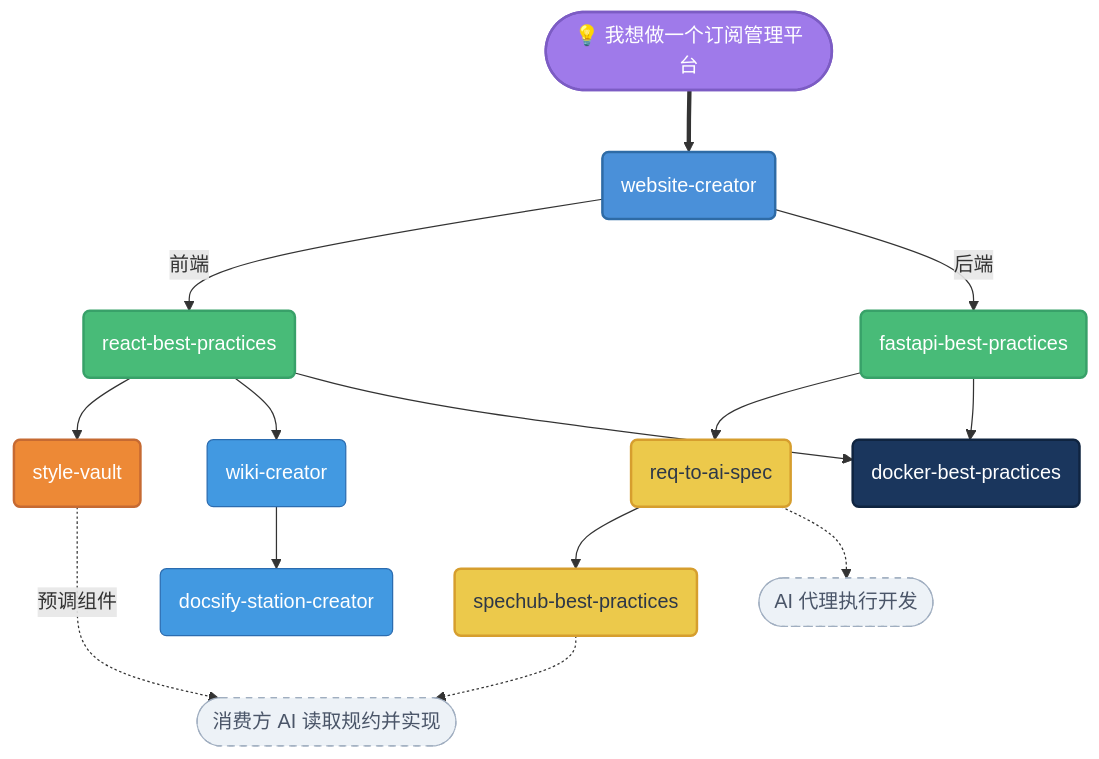
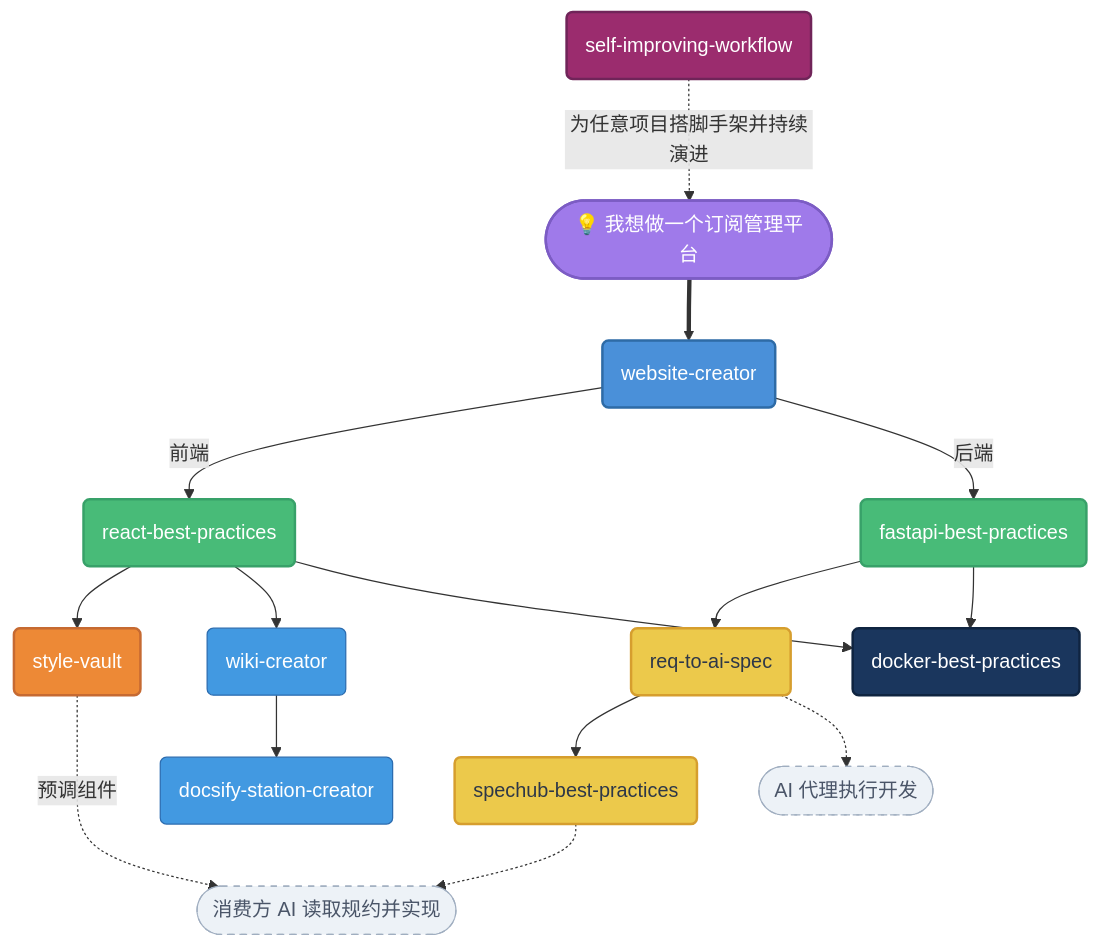
Before and after one commit to garveyhu/awesome-skills: the diagram in README.zh-CN.md, drawn with Mermaid. The commit also changed other lines of this file and 27 other files, not shown here.

First line of the commit message:
feat: add self-improving-workflow skill (3-tier project workflow scaffold)

````diff
--- a/README.zh-CN.md
+++ b/README.zh-CN.md
@@ -23,37 +23,41 @@
 ```mermaid
 graph TB
     classDef idea fill:#9F7AEA,stroke:#7C5CC4,stroke-width:2px,color:#fff
     classDef scaffold fill:#4A90D9,stroke:#2E6BA6,stroke-width:2px,color:#fff
     classDef dev fill:#48BB78,stroke:#38A169,stroke-width:2px,color:#fff
     classDef uistyle fill:#ED8936,stroke:#C66A32,stroke-width:2px,color:#fff
     classDef docs fill:#4299E1,stroke:#2B6CB0,stroke-width:1px,color:#fff
     classDef spec fill:#ECC94B,stroke:#D69E2E,stroke-width:2px,color:#2D3748
     classDef deploy fill:#1A365D,stroke:#0F2440,stroke-width:2px,color:#fff
     classDef action fill:#EDF2F7,stroke:#A0AEC0,stroke-width:1px,color:#4A5568,stroke-dasharray:5 5
+    classDef meta fill:#9B2C6E,stroke:#702459,stroke-width:2px,color:#fff
+
+    Meta(self-improving-workflow):::meta
+    Meta -.->|"为任意项目搭脚手架并持续演进"| Start
 
     Start(["💡 我想做一个订阅管理平台"]):::idea
     WC(website-creator):::scaffold
     React(react-best-practices):::dev
     FastAPI(fastapi-best-practices):::dev
     SV(style-vault):::uistyle
     Wiki(wiki-creator):::docs
     Docsify(docsify-station-creator):::docs
     Req(req-to-ai-spec):::spec
     Spec(spechub-best-practices):::spec
     Docker(docker-best-practices):::deploy
     Impl([AI 代理执行开发]):::action
     FrontAI([消费方 AI 读取规约并实现]):::action
 
     Start ==> WC
     WC -->|前端| React
     WC -->|后端| FastAPI
     React --> SV
     React --> Wiki
     FastAPI --> Req
     Req --> Spec
     Spec -.-> FrontAI
     SV -.->|"预调组件"| FrontAI
     Wiki --> Docsify
     React & FastAPI --> Docker
     Req -.-> Impl
 ```
````
